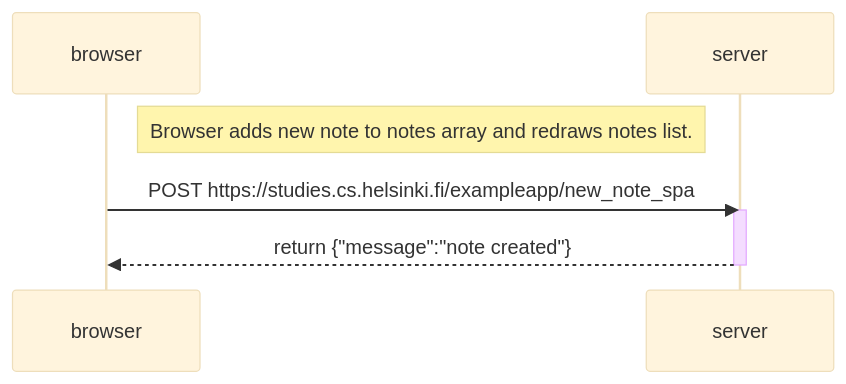
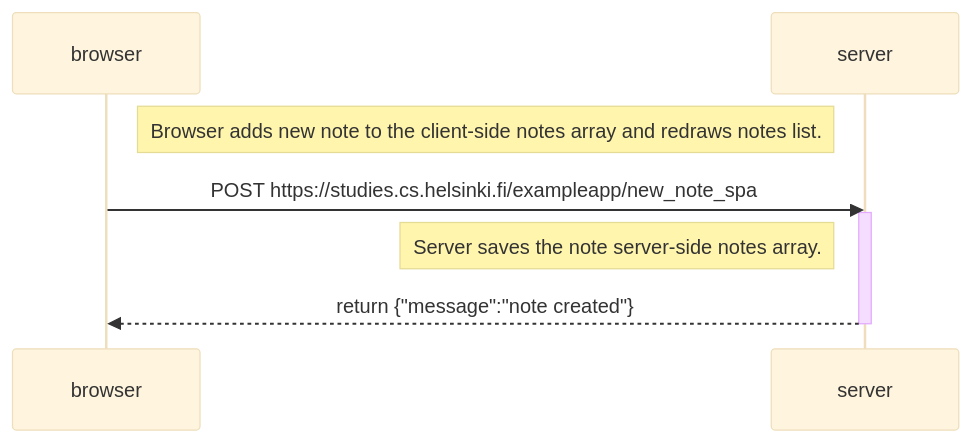
The diagram in part0/new_note_spa_diagram.md (r-solanki/fullstack), drawn with Mermaid (base theme) before and after one commit.

Commit message:
adding server side action

````diff
--- a/part0/new_note_spa_diagram.md
+++ b/part0/new_note_spa_diagram.md
@@ -1,10 +1,11 @@
 ```mermaid
     sequenceDiagram
         participant browser
         participant server
-        Note right of browser: Browser adds new note to notes array and redraws notes list.
+        Note right of browser: Browser adds new note to the client-side notes array and redraws notes list.
         browser->>server: POST https://studies.cs.helsinki.fi/exampleapp/new_note_spa
         activate server
+        Note left of server: Server saves the note server-side notes array.
         server-->>browser: return {"message":"note created"}
         deactivate server
 ```
````
